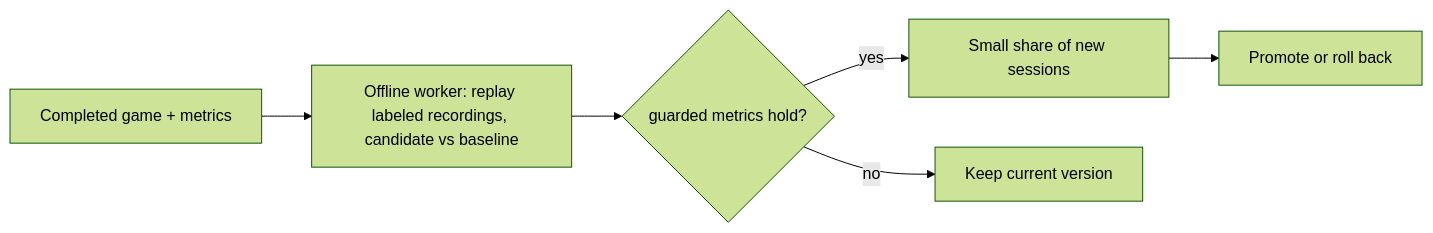
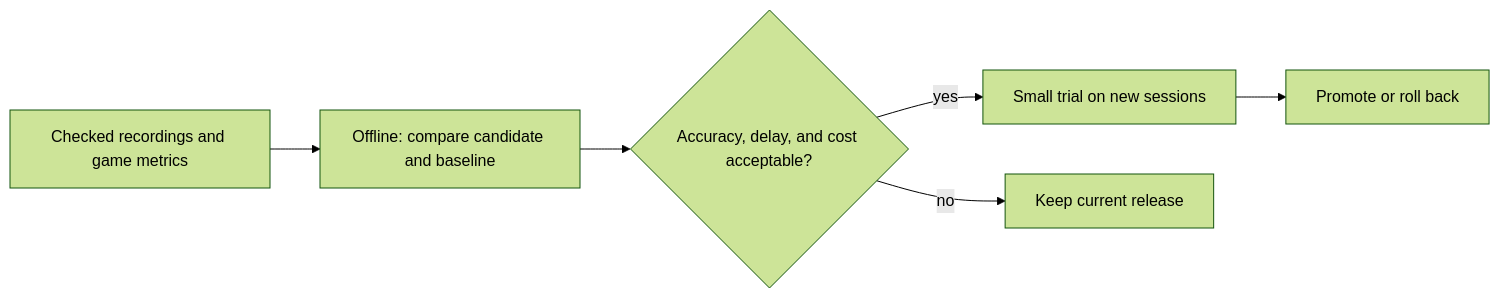
Before and after one commit to nitaiaharoni1/vistral-assignment: the sixth of 6 diagrams in docs/architecture.md, drawn with Mermaid (forest theme). The commit also changed other lines of this file and 201 other files, not shown here.

````diff
--- a/docs/architecture.md
+++ b/docs/architecture.md
@@ -74,7 +187,7 @@
 ```mermaid
 flowchart LR
-  Game["Completed game + metrics"] --> Eval["Offline worker: replay labeled recordings, candidate vs baseline"]
-  Eval --> Gate{"guarded metrics hold?"}
-  Gate -->|"yes"| Canary["Small share of new sessions"] --> Promote["Promote or roll back"]
-  Gate -->|"no"| Keep["Keep current version"]
+  Data["Checked recordings and game metrics"] --> Eval["Offline: compare candidate and baseline"]
+  Eval --> Gate{"Accuracy, delay, and cost acceptable?"}
+  Gate -->|"yes"| Trial["Small trial on new sessions"] --> Release["Promote or roll back"]
+  Gate -->|"no"| Keep["Keep current release"]
 ```
````
